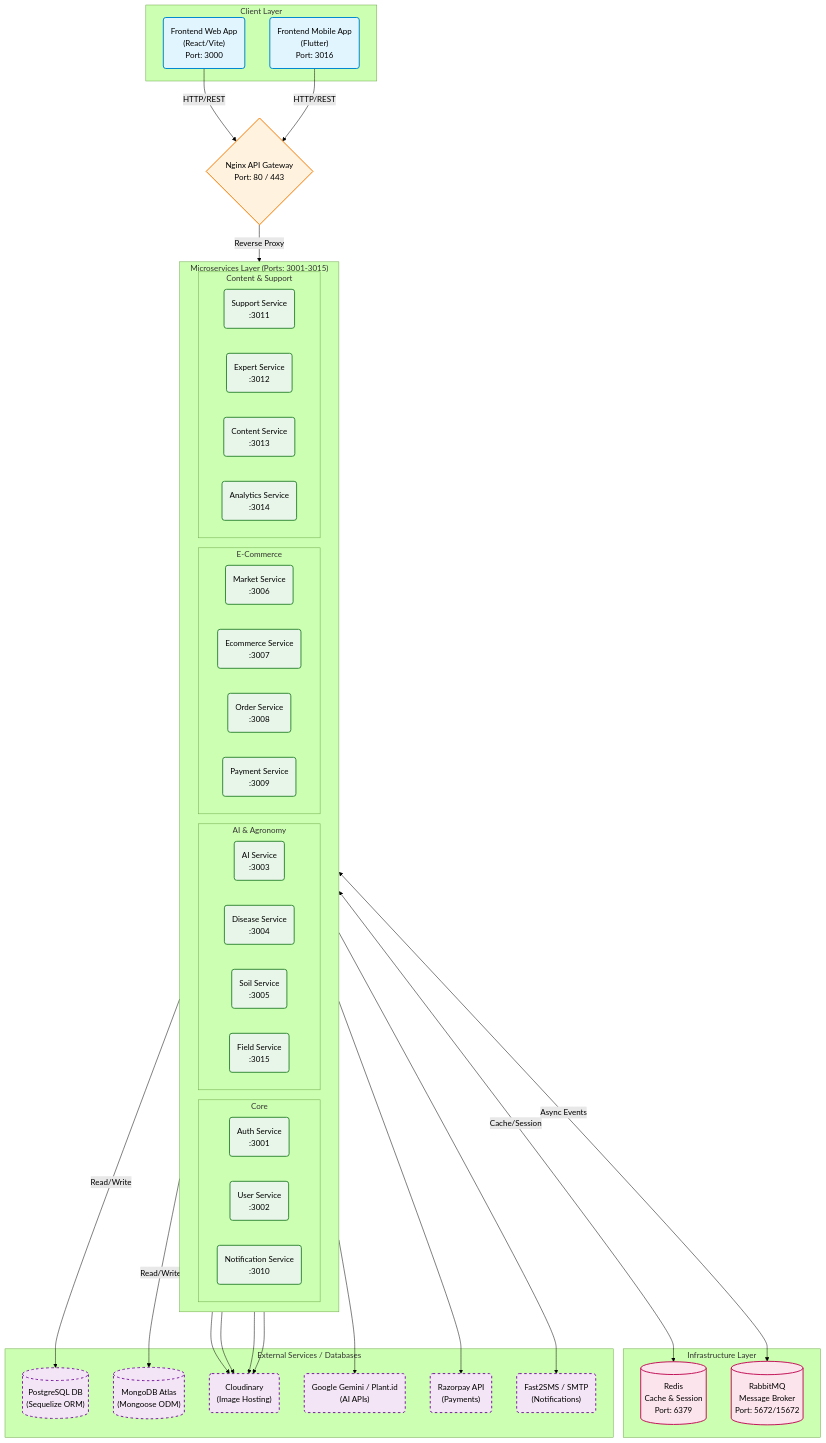
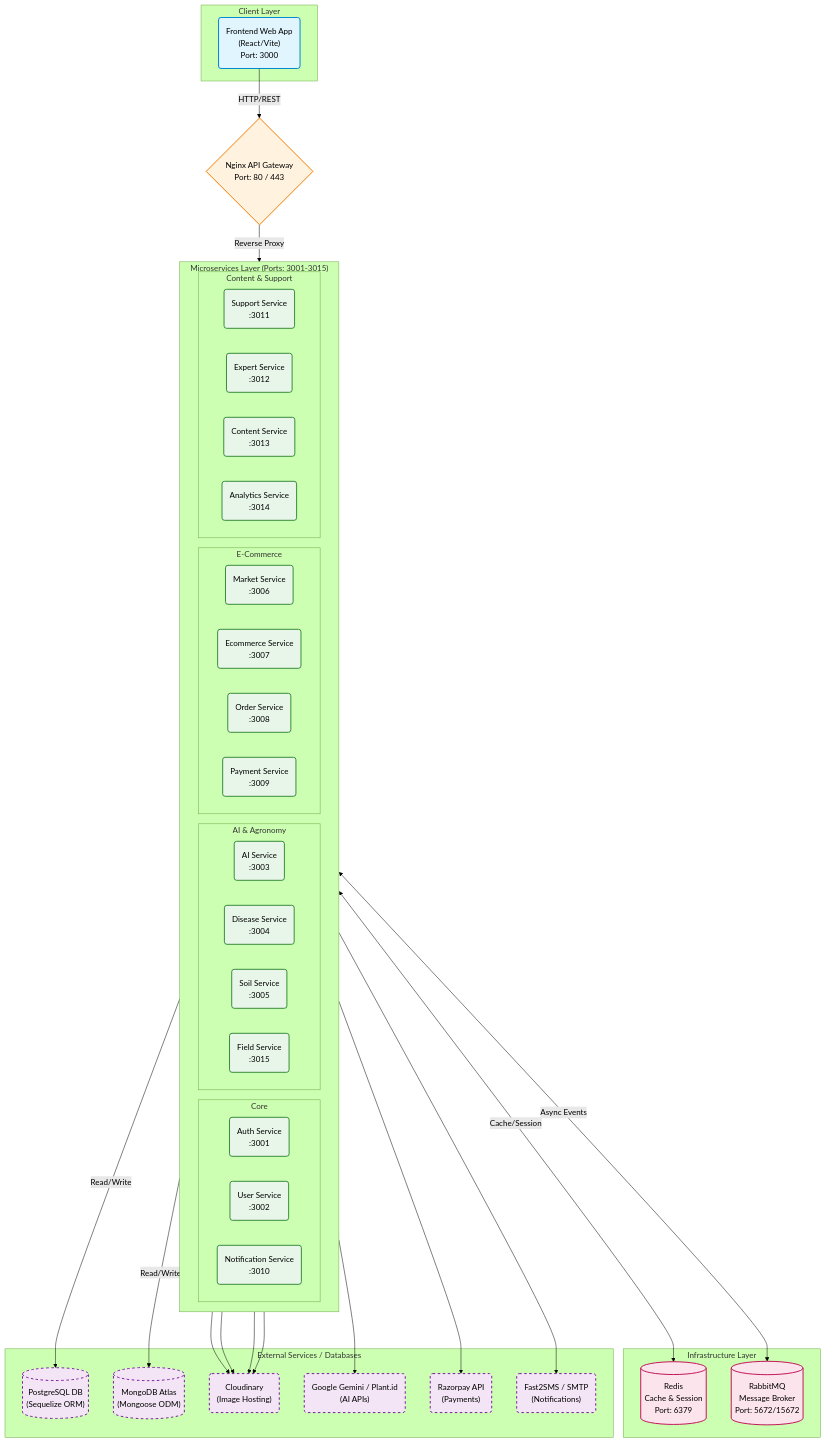
The diagram in README.md (chandu7313/KMC), drawn with Mermaid (forest theme) before and after one commit. The commit also changed other lines of this file and 3 other files, not shown here.

Commit message:
chore: completely remove flutter mobile app from build and repository

```diff
--- a/README.md
+++ b/README.md
@@ -66,7 +66,7 @@
     %% Client Layer
     subgraph Clients["Client Layer"]
         Web("Frontend Web App<br>(React/Vite)<br>Port: 3000"):::client
-        Mobile("Frontend Mobile App<br>(Flutter)<br>Port: 3016"):::client
+
     end
 
     %% Gateway Layer
@@ -118,7 +118,7 @@
 
     %% Connections
     Web -->|HTTP/REST| Gateway
-    Mobile -->|HTTP/REST| Gateway
+
     
     Gateway -->|Reverse Proxy| Microservices
     
```
